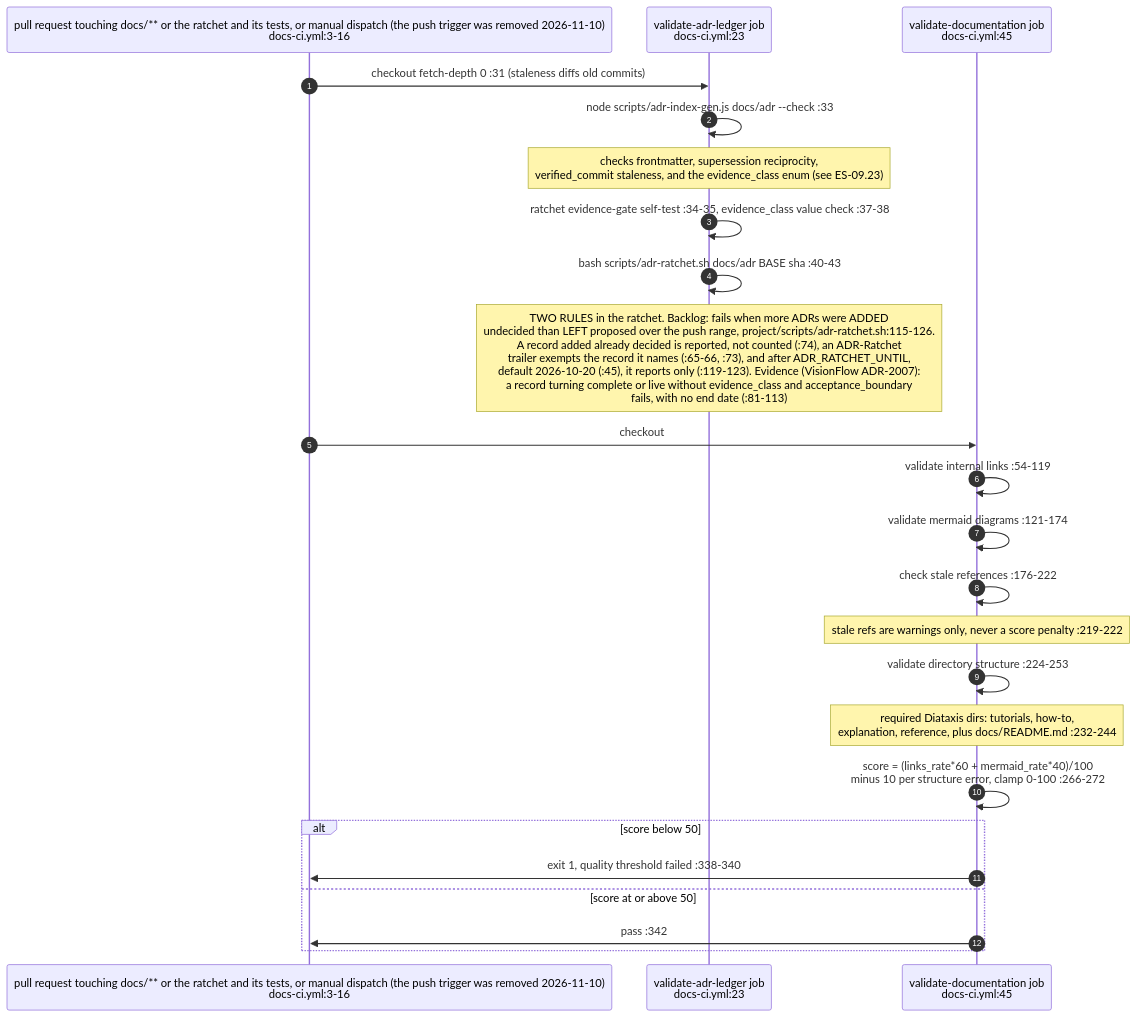
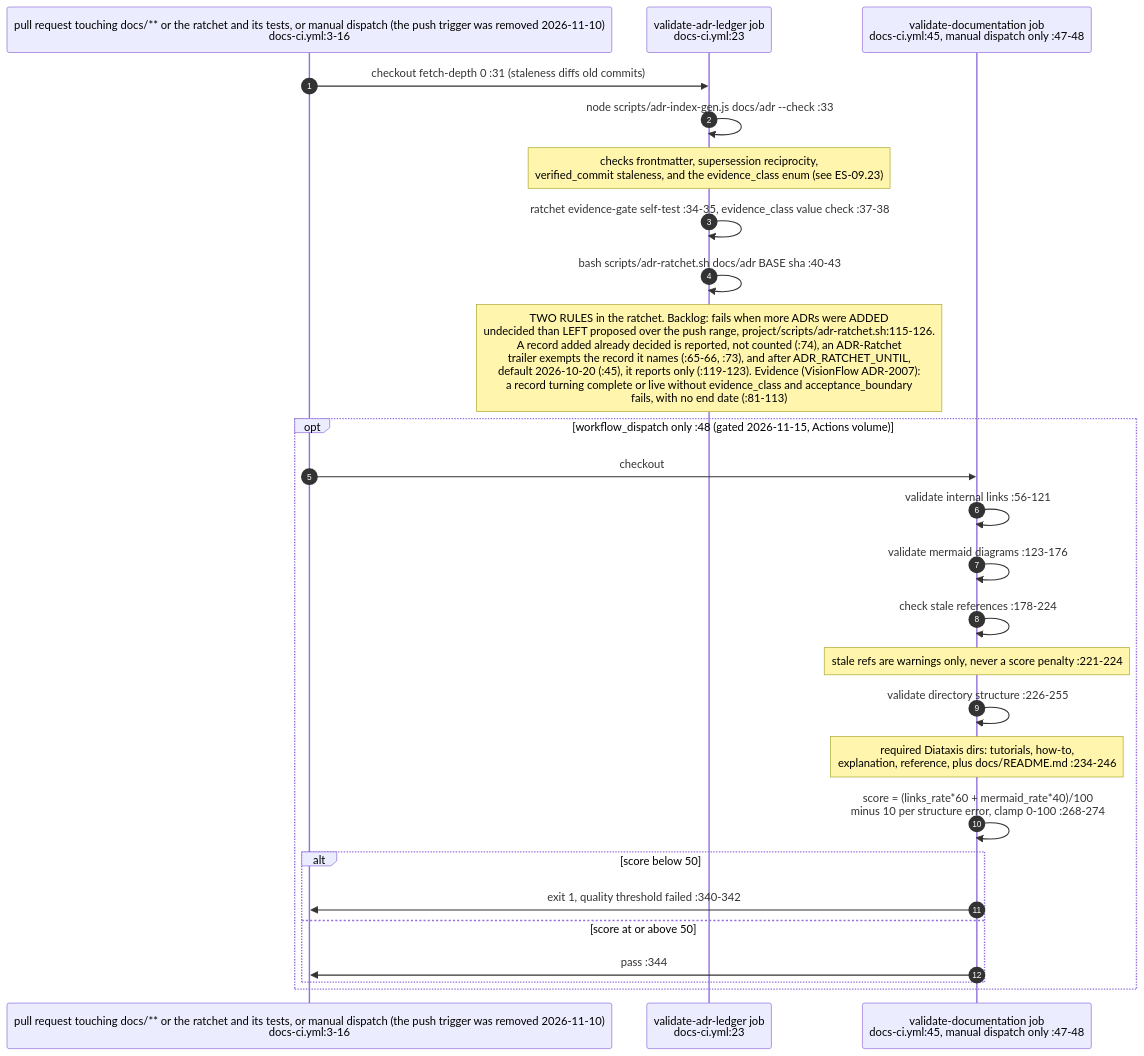
Diagram 12 of 24 in docs/diagrams/estate/09-build-deploy-and-ci-estate.md (DreamLab-AI/VisionFlow), drawn with Mermaid before and after one commit. The commit also changed other lines of this file and 70 other files, not shown here.

First line of the commit message:
docs(diagrams): re-verify 69 topics at current default-branch heads

````diff
--- a/docs/diagrams/estate/09-build-deploy-and-ci-estate.md
+++ b/docs/diagrams/estate/09-build-deploy-and-ci-estate.md
@@ -486,28 +488,30 @@
 ```mermaid
 sequenceDiagram
     autonumber
     participant GH as pull request touching docs/** or the ratchet and its tests, or manual dispatch (the push trigger was removed 2026-11-10)<br/>docs-ci.yml:3-16
     participant ADR as validate-adr-ledger job<br/>docs-ci.yml:23
-    participant DOC as validate-documentation job<br/>docs-ci.yml:45
+    participant DOC as validate-documentation job<br/>docs-ci.yml:45, manual dispatch only :47-48
 
     GH->>ADR: checkout fetch-depth 0 :31 (staleness diffs old commits)
     ADR->>ADR: node scripts/adr-index-gen.js docs/adr --check :33
     Note over ADR: checks frontmatter, supersession reciprocity,<br/>verified_commit staleness, and the evidence_class enum (see ES-09.23)
     ADR->>ADR: ratchet evidence-gate self-test :34-35, evidence_class value check :37-38
     ADR->>ADR: bash scripts/adr-ratchet.sh docs/adr BASE sha :40-43
     Note over ADR: TWO RULES in the ratchet. Backlog: fails when more ADRs were ADDED<br/>undecided than LEFT proposed over the push range, project/scripts/adr-ratchet.sh:115-126.<br/>A record added already decided is reported, not counted (:74), an ADR-Ratchet<br/>trailer exempts the record it names (:65-66, :73), and after ADR_RATCHET_UNTIL,<br/>default 2026-10-20 (:45), it reports only (:119-123). Evidence (VisionFlow ADR-2007):<br/>a record turning complete or live without evidence_class and acceptance_boundary<br/>fails, with no end date (:81-113)
 
-    GH->>DOC: checkout
-    DOC->>DOC: validate internal links :54-119
-    DOC->>DOC: validate mermaid diagrams :121-174
-    DOC->>DOC: check stale references :176-222
-    Note over DOC: stale refs are warnings only, never a score penalty :219-222
-    DOC->>DOC: validate directory structure :224-253
-    Note over DOC: required Diataxis dirs: tutorials, how-to,<br/>explanation, reference, plus docs/README.md :232-244
-    DOC->>DOC: score = (links_rate*60 + mermaid_rate*40)/100<br/>minus 10 per structure error, clamp 0-100 :266-272
-    alt score below 50
-        DOC->>GH: exit 1, quality threshold failed :338-340
-    else score at or above 50
-        DOC->>GH: pass :342
+    opt workflow_dispatch only :48 (gated 2026-11-15, Actions volume)
+        GH->>DOC: checkout
+        DOC->>DOC: validate internal links :56-121
+        DOC->>DOC: validate mermaid diagrams :123-176
+        DOC->>DOC: check stale references :178-224
+        Note over DOC: stale refs are warnings only, never a score penalty :221-224
+        DOC->>DOC: validate directory structure :226-255
+        Note over DOC: required Diataxis dirs: tutorials, how-to,<br/>explanation, reference, plus docs/README.md :234-246
+        DOC->>DOC: score = (links_rate*60 + mermaid_rate*40)/100<br/>minus 10 per structure error, clamp 0-100 :268-274
+        alt score below 50
+            DOC->>GH: exit 1, quality threshold failed :340-342
+        else score at or above 50
+            DOC->>GH: pass :344
+        end
     end
 ```
````
